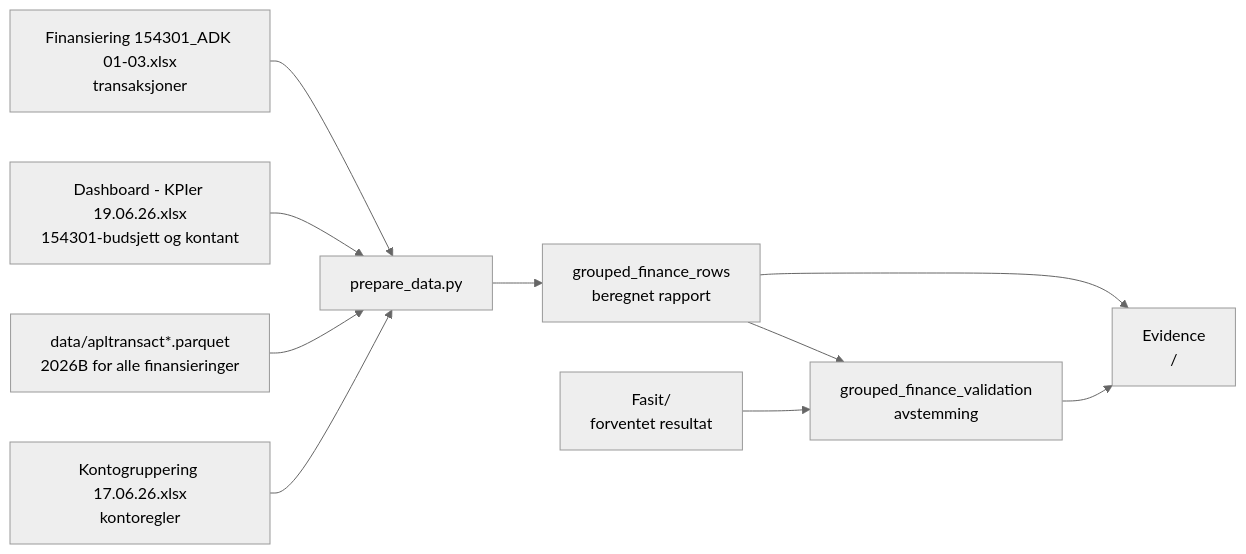
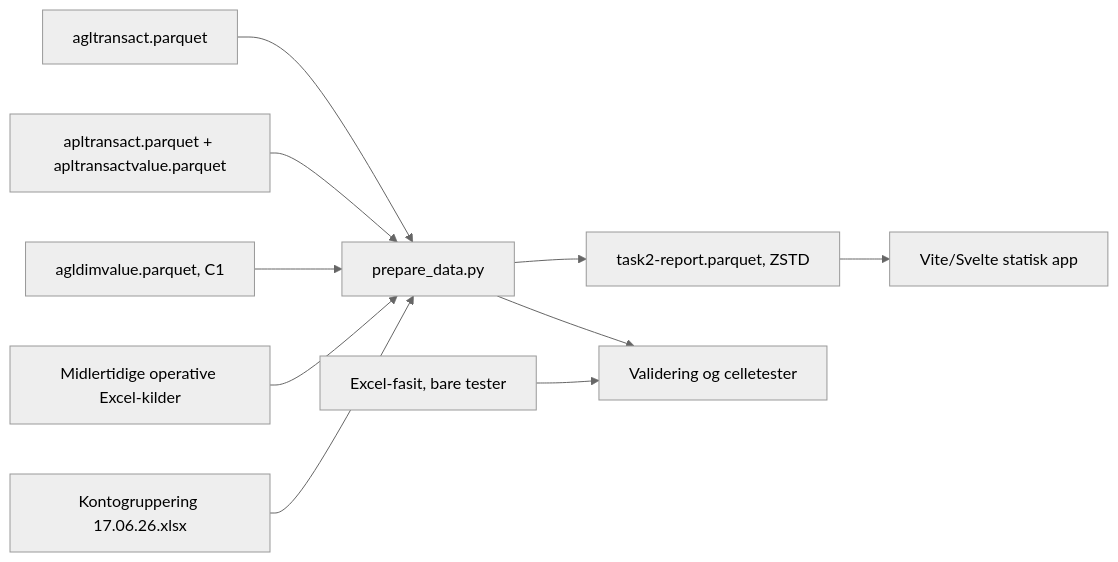
The diagram in oppgave2/docs/oppgave2-status.md (rogermarkussen/regnskap-app), drawn with Mermaid (neutral theme) before and after one commit. The commit also changed other lines of this file and 86 other files, not shown here.

````diff
--- a/oppgave2/docs/oppgave2-status.md
+++ b/oppgave2/docs/oppgave2-status.md
@@ -23,22 +36,23 @@
 ```mermaid
 flowchart LR
-    RAW[Finansiering 154301_ADK 01-03.xlsx\ntransaksjoner]
-    DASH[Dashboard - KPIer 19.06.26.xlsx\n154301-budsjett og kontant]
-    SYN[data/apltransact*.parquet\n2026B for alle finansieringer]
-    GROUP[Kontogruppering 17.06.26.xlsx\nkontoregler]
+    LEDGER[agltransact.parquet]
+    BUDGET[apltransact.parquet + apltransactvalue.parquet]
+    DIM[agldimvalue.parquet, C1]
+    TEMP[Midlertidige operative Excel-kilder]
+    GROUP[Kontogruppering 17.06.26.xlsx]
     PREP[prepare_data.py]
-    CALC[grouped_finance_rows\nberegnet rapport]
-    FASIT[Fasit/\nforventet resultat]
-    CHECK[grouped_finance_validation\navstemming]
-    UI[Evidence\n/]
+    REPORT[task2-report.parquet, ZSTD]
+    APP[Vite/Svelte statisk app]
+    FASIT[Excel-fasit, bare tester]
+    CHECK[Validering og celletester]
 
-    RAW --> PREP
-    DASH --> PREP
-    SYN --> PREP
+    LEDGER --> PREP
+    BUDGET --> PREP
+    DIM --> PREP
+    TEMP --> PREP
     GROUP --> PREP
-    PREP --> CALC
-    CALC --> CHECK
+    PREP --> REPORT
+    REPORT --> APP
+    PREP --> CHECK
     FASIT --> CHECK
-    CALC --> UI
-    CHECK --> UI
 ```
````
